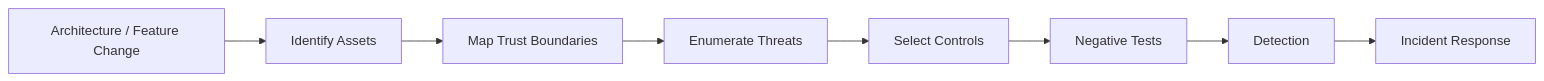
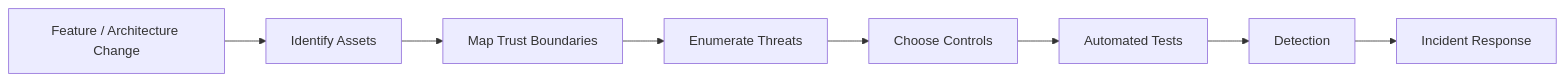
One commit to D-engahmed/OMILINKS changed the third of 3 diagrams in docs/security/threat-model.md. Above: the diagram before and after it, drawn with Mermaid. The commit also changed other lines of this file and 4 other files, not shown here.

```diff
--- a/docs/security/threat-model.md
+++ b/docs/security/threat-model.md
@@ -137,10 +186,10 @@
 ~~~mermaid
 flowchart LR
-CHANGE[Architecture / Feature Change] --> ASSET[Identify Assets]
+CHANGE[Feature / Architecture Change] --> ASSET[Identify Assets]
 ASSET --> TRUST[Map Trust Boundaries]
-TRUST --> THREATS[Enumerate Threats]
-THREATS --> CONTROLS[Select Controls]
-CONTROLS --> TESTS[Negative Tests]
-TESTS --> MONITOR[Detection]
+TRUST --> THREAT[Enumerate Threats]
+THREAT --> CONTROL[Choose Controls]
+CONTROL --> TEST[Automated Tests]
+TEST --> MONITOR[Detection]
 MONITOR --> RESPONSE[Incident Response]
 ~~~
```
